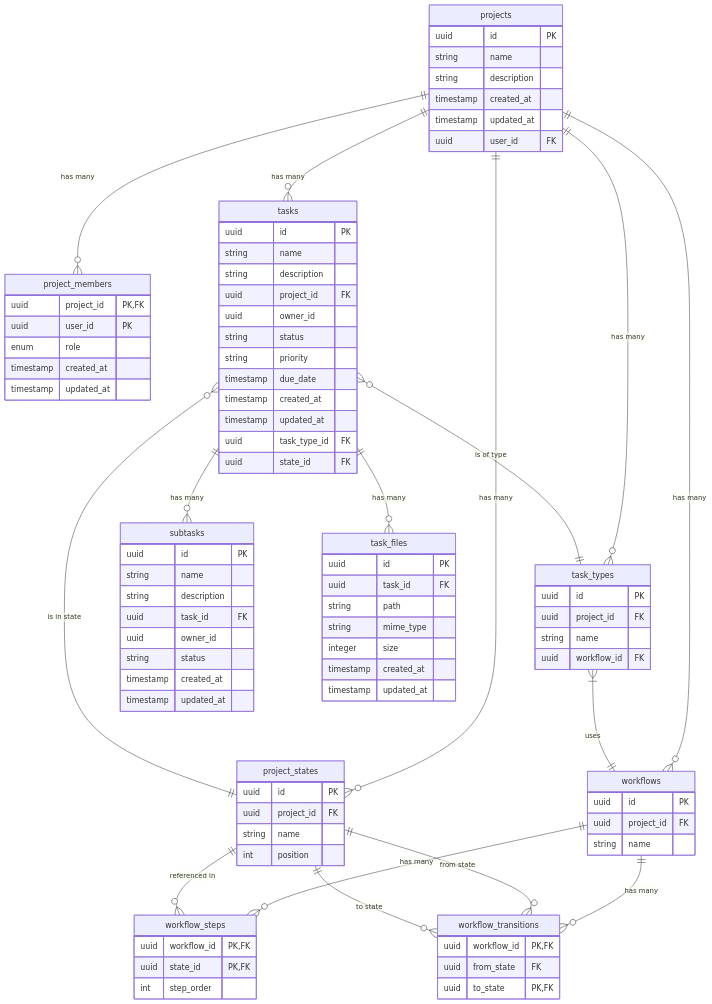
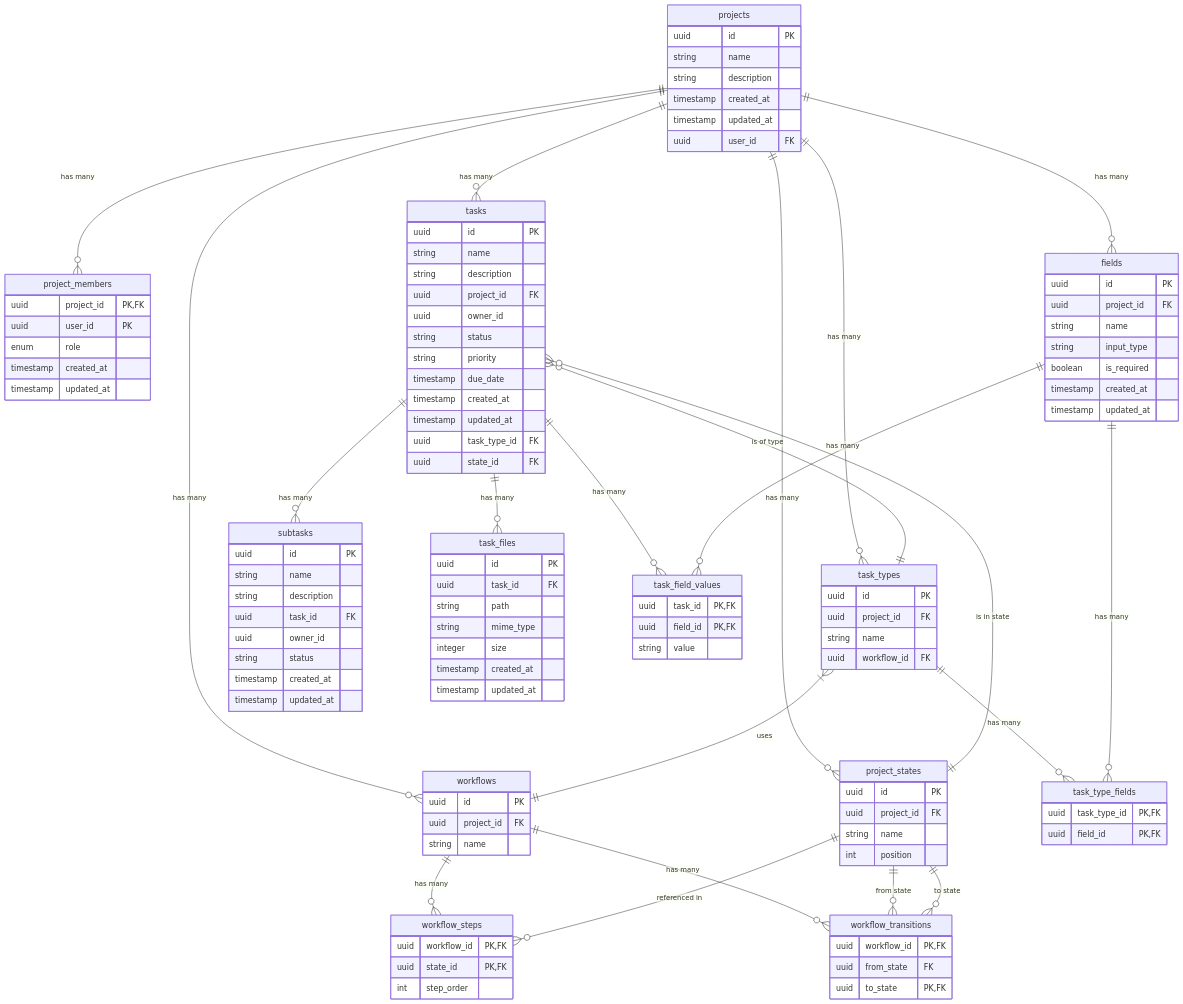
The diagram in docs/architecture/db.md (chrisrneal/task-manager), drawn with Mermaid before and after one commit. The commit also changed other lines of this file and 1 other file, not shown here.

Commit message:
Add custom fields database schema

```diff
--- a/docs/architecture/db.md
+++ b/docs/architecture/db.md
@@ -91,6 +91,27 @@
         timestamp updated_at
     }
     
+    fields {
+        uuid id PK
+        uuid project_id FK
+        string name
+        string input_type
+        boolean is_required
+        timestamp created_at
+        timestamp updated_at
+    }
+    
+    task_type_fields {
+        uuid task_type_id PK,FK
+        uuid field_id PK,FK
+    }
+    
+    task_field_values {
+        uuid task_id PK,FK
+        uuid field_id PK,FK
+        string value
+    }
+    
     projects ||--o{ project_members : "has many"
     projects ||--o{ tasks : "has many"
     tasks ||--o{ subtasks : "has many"
@@ -98,6 +119,11 @@
     projects ||--o{ project_states : "has many"
     projects ||--o{ workflows : "has many"
     projects ||--o{ task_types : "has many"
+    projects ||--o{ fields : "has many"
+    task_types ||--o{ task_type_fields : "has many"
+    fields ||--o{ task_type_fields : "has many"
+    tasks ||--o{ task_field_values : "has many"
+    fields ||--o{ task_field_values : "has many"
     workflows ||--o{ workflow_steps : "has many"
     workflows ||--o{ workflow_transitions : "has many"
     project_states ||--o{ workflow_steps : "referenced in"
```
